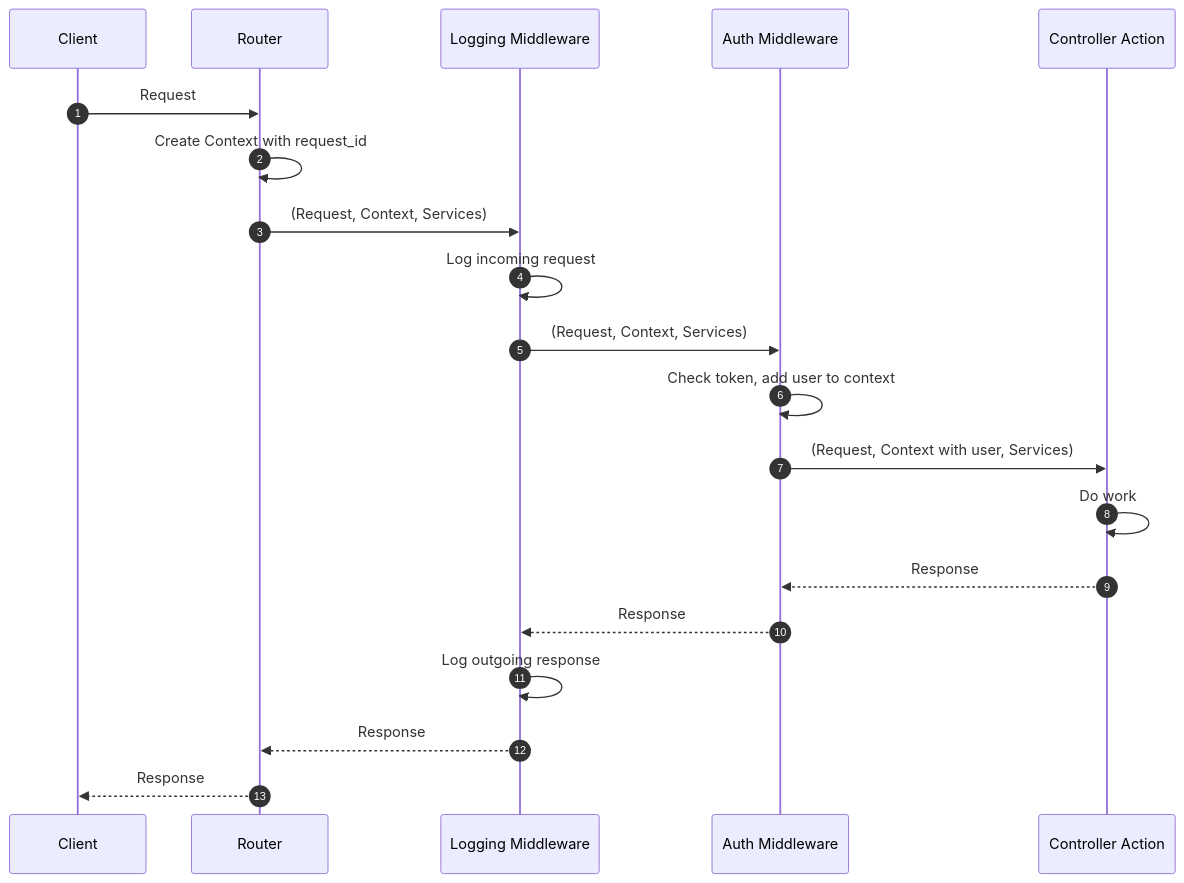
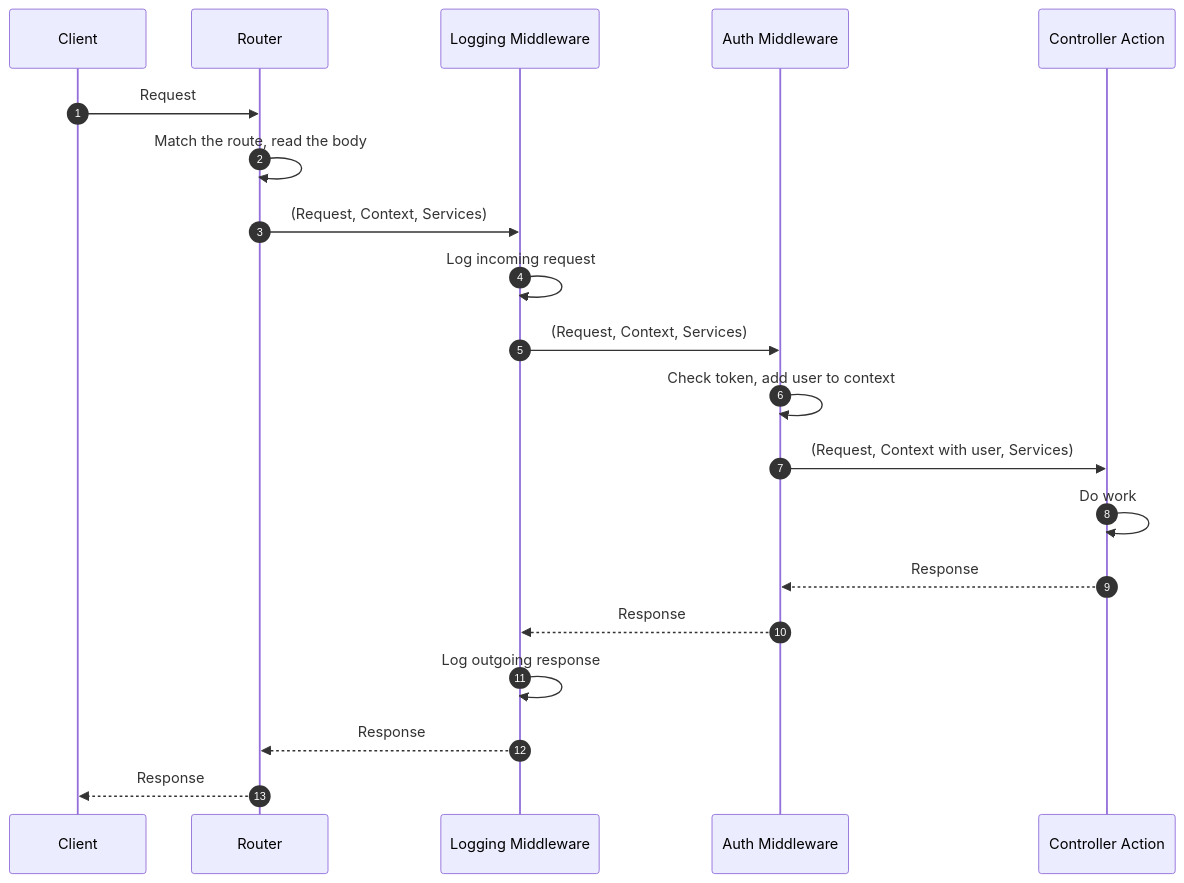
The diagram in docs/concepts/how-it-works.md (TrustBound/dream), drawn with Mermaid before and after one commit. The commit also changed other lines of this file and 57 other files, not shown here.

````diff
--- a/docs/concepts/how-it-works.md
+++ b/docs/concepts/how-it-works.md
@@ -22,23 +23,23 @@
 ```mermaid illustration
 sequenceDiagram
     autonumber
     participant Client
     participant Router
     participant Logging as Logging Middleware
     participant Auth as Auth Middleware
     participant Controller as Controller Action
     
     Client->>Router: Request
-    Router->>Router: Create Context with request_id
+    Router->>Router: Match the route, read the body
     Router->>Logging: (Request, Context, Services)
     Logging->>Logging: Log incoming request
     Logging->>Auth: (Request, Context, Services)
     Auth->>Auth: Check token, add user to context
     Auth->>Controller: (Request, Context with user, Services)
     Controller->>Controller: Do work
     Controller-->>Auth: Response
     Auth-->>Logging: Response
     Logging->>Logging: Log outgoing response
     Logging-->>Router: Response
     Router-->>Client: Response
 ```
````
